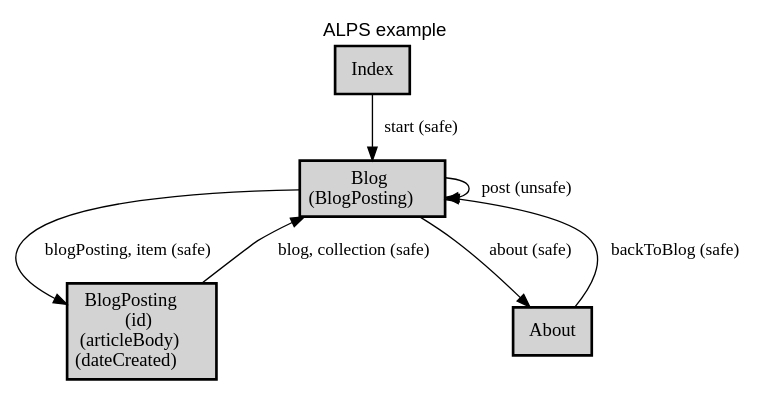
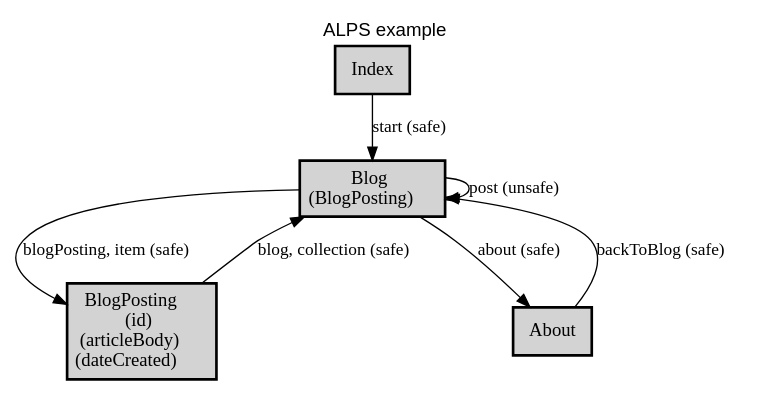
One commit to alps-asd/app-state-diagram changed the diagram in docs/filter/profile.dot. Above: the diagram before and after it, drawn with Graphviz. The commit also changed 24 other files, not shown here.

```diff
--- a/docs/filter/profile.dot
+++ b/docs/filter/profile.dot
@@ -1,23 +1,23 @@
 digraph application_state_diagram {
   graph [
     labelloc="t";
     fontname="Helvetica"
     label="ALPS example";
     URL="index.html" target="_parent"
   ];
   node [shape = box, style = "bold,filled" fillcolor="lightgray"];
 
     Blog [margin=0.02, label=<<table cellspacing="0" cellpadding="5" border="0"><tr><td>Blog<br />(BlogPosting)<br /></td></tr></table>>,shape=box URL="docs/semantic.Blog.html" target="_parent"]
     BlogPosting [margin=0.02, label=<<table cellspacing="0" cellpadding="5" border="0"><tr><td>BlogPosting<br />(id)<br />(articleBody)<br />(dateCreated)<br /></td></tr></table>>,shape=box URL="docs/semantic.BlogPosting.html" target="_parent"]
 
-    About -> Blog [label = "backToBlog (safe)" URL="docs/safe.backToBlog.html" target="_parent" fontsize=13];
-    Blog -> About [label = "about (safe)" URL="docs/safe.about.html" target="_parent" fontsize=13];
-    Blog -> Blog [label = "post (unsafe)" URL="docs/unsafe.post.html" target="_parent" fontsize=13];
-    Blog -> BlogPosting [label = "blogPosting, item (safe)" URL="docs/safe.blogPosting.html" target="_parent" fontsize=13];
-    BlogPosting -> Blog [label = "blog, collection (safe)" URL="docs/safe.blog.html" target="_parent" fontsize=13];
-    Index -> Blog [label = "start (safe)" URL="docs/safe.start.html" target="_parent" fontsize=13];
+    About -> Blog [label = <backToBlog (safe)> URL="docs/safe.backToBlog.html" target="_parent" fontsize=13];
+    Blog -> About [label = <about (safe)> URL="docs/safe.about.html" target="_parent" fontsize=13];
+    Blog -> Blog [label = <post (unsafe)> URL="docs/unsafe.post.html" target="_parent" fontsize=13];
+    Blog -> BlogPosting [label = <blogPosting, item (safe)> URL="docs/safe.blogPosting.html" target="_parent" fontsize=13];
+    BlogPosting -> Blog [label = <blog, collection (safe)> URL="docs/safe.blog.html" target="_parent" fontsize=13];
+    Index -> Blog [label = <start (safe)> URL="docs/safe.start.html" target="_parent" fontsize=13];
 
-    About [URL="docs/semantic.About.html" target="_parent"]
-    Index [URL="docs/semantic.Index.html" target="_parent"]
+    About [label = <About> URL="docs/semantic.About.html" target="_parent"]
+    Index [label = <Index> URL="docs/semantic.Index.html" target="_parent"]
 
 }
```
